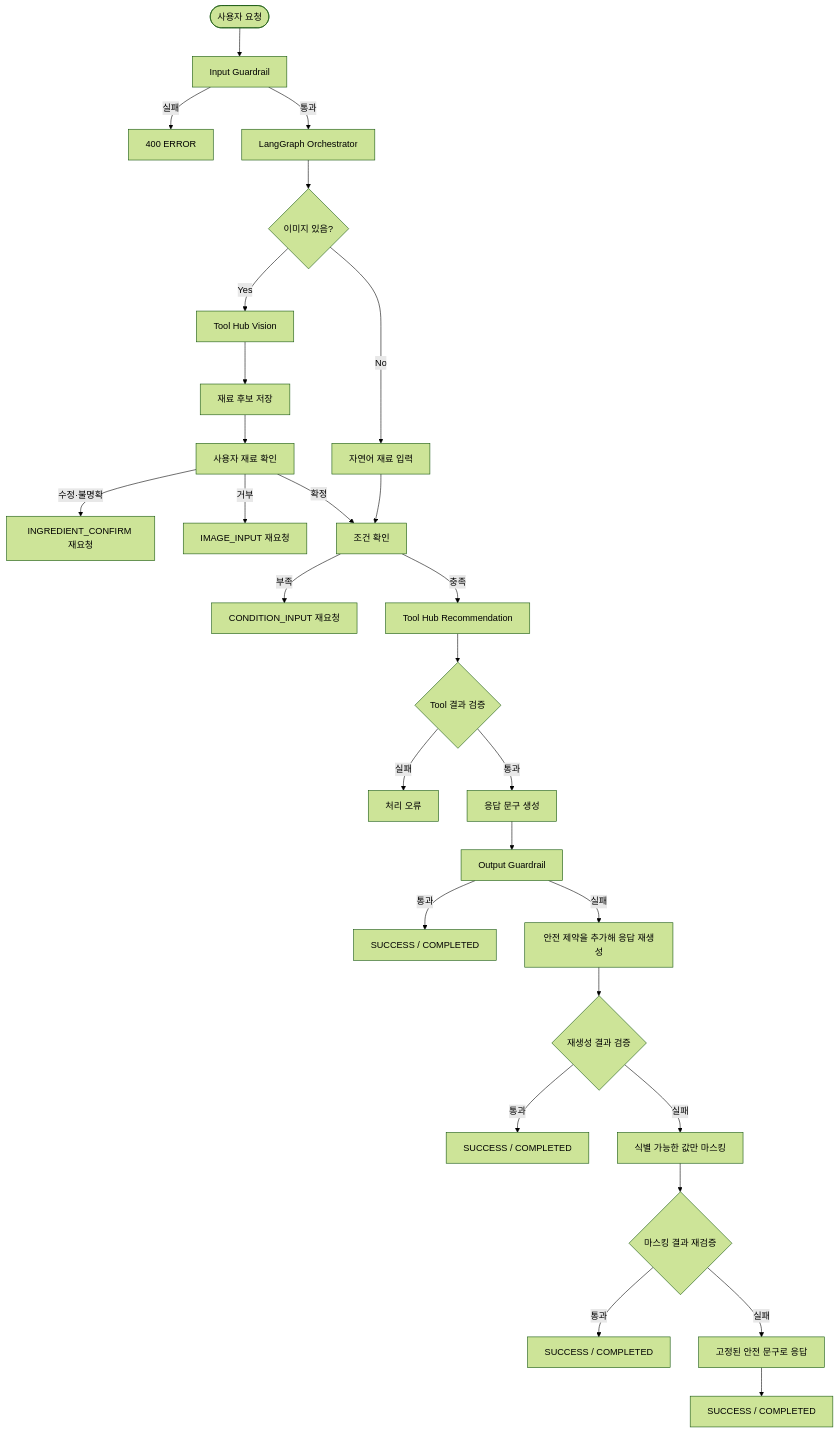
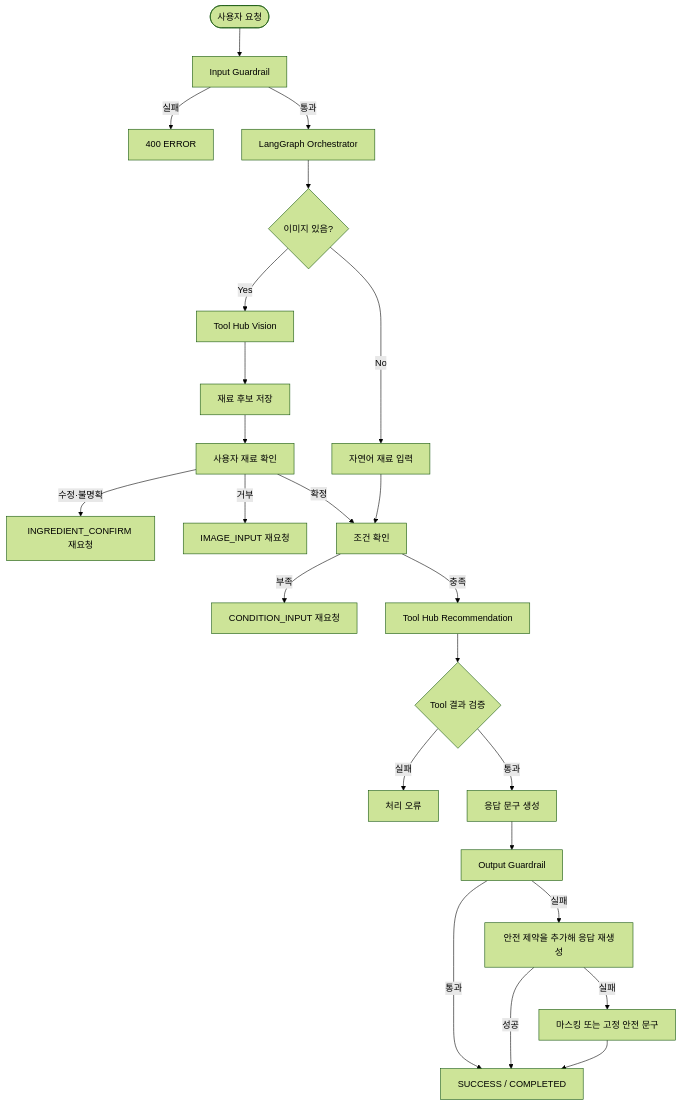
Before and after one commit to DongJunee/2026_aio2_p2_PlanEat_Backend: the diagram in docs/architecture/agent-achirecture.md, drawn with Mermaid (forest theme).

````diff
--- a/docs/architecture/agent-achirecture.md
+++ b/docs/architecture/agent-achirecture.md
@@ -35,32 +35,28 @@
 ```mermaid
 flowchart TD
     START([사용자 요청]) --> INPUT[Input Guardrail]
     INPUT -->|실패| INPUT_ERROR[400 ERROR]
     INPUT -->|통과| GRAPH[LangGraph Orchestrator]
 
     GRAPH --> IMAGE{이미지 있음?}
     IMAGE -->|Yes| VISION[Tool Hub Vision]
     IMAGE -->|No| INGREDIENTS[자연어 재료 입력]
     VISION --> CANDIDATES[재료 후보 저장]
     CANDIDATES --> CONFIRM[사용자 재료 확인]
     CONFIRM -->|수정·불명확| CONFIRM_RETRY[INGREDIENT_CONFIRM 재요청]
     CONFIRM -->|거부| IMAGE_RETRY[IMAGE_INPUT 재요청]
     CONFIRM -->|확정| CONDITIONS[조건 확인]
     INGREDIENTS --> CONDITIONS
 
     CONDITIONS -->|부족| CONDITION_RETRY[CONDITION_INPUT 재요청]
     CONDITIONS -->|충족| TOOL[Tool Hub Recommendation]
     TOOL --> TOOL_CHECK{Tool 결과 검증}
     TOOL_CHECK -->|실패| TOOL_ERROR[처리 오류]
     TOOL_CHECK -->|통과| RESPONSE[응답 문구 생성]
     RESPONSE --> OUTPUT[Output Guardrail]
     OUTPUT -->|통과| SUCCESS[SUCCESS / COMPLETED]
     OUTPUT -->|실패| REGENERATE[안전 제약을 추가해 응답 재생성]
-    REGENERATE --> REGEN_CHECK{재생성 결과 검증}
-    REGEN_CHECK -->|통과| REGENERATED_SUCCESS[SUCCESS / COMPLETED]
-    REGEN_CHECK -->|실패| MASK[식별 가능한 값만 마스킹]
-    MASK --> MASK_CHECK{마스킹 결과 재검증}
-    MASK_CHECK -->|통과| MASKED_SUCCESS[SUCCESS / COMPLETED]
-    MASK_CHECK -->|실패| SAFE_FALLBACK[고정된 안전 문구로 응답]
-    SAFE_FALLBACK --> SAFE_SUCCESS[SUCCESS / COMPLETED]
+    REGENERATE -->|성공| SUCCESS
+    REGENERATE -->|실패| SAFE_FALLBACK[마스킹 또는 고정 안전 문구]
+    SAFE_FALLBACK --> SUCCESS
 ```
````
